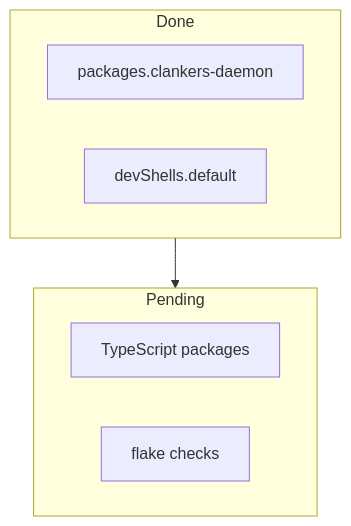
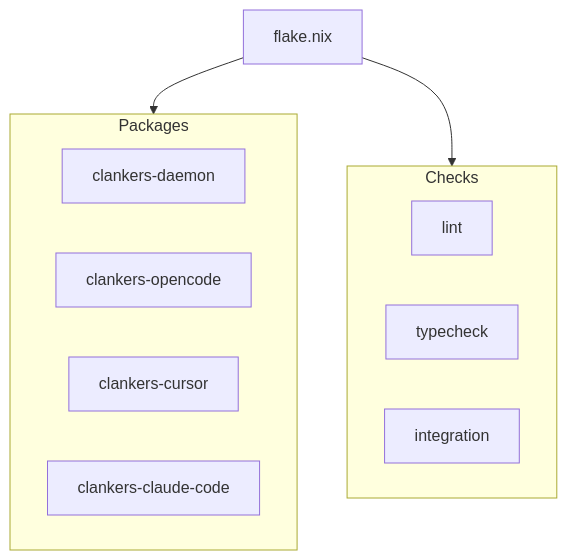
Before and after one commit to dxta-dev/clankers: the diagram in lode/build/overview.md, drawn with Mermaid. The commit also changed other lines of this file and 3 other files, not shown here.

````diff
--- a/lode/build/overview.md
+++ b/lode/build/overview.md
@@ -85,14 +92,20 @@
 ```mermaid
 flowchart TB
-  subgraph Done
-    DaemonPkg[packages.clankers-daemon]
-    DevShell[devShells.default]
+  Flake[flake.nix]
+  
+  subgraph Packages
+    Daemon[clankers-daemon]
+    OpenCode[clankers-opencode]
+    Cursor[clankers-cursor]
+    Claude[clankers-claude-code]
   end
   
-  subgraph Pending
-    TsPkgs[TypeScript packages]
-    Checks[flake checks]
+  subgraph Checks
+    Lint[lint]
+    TypeCheck[typecheck]
+    Integration[integration]
   end
   
-  Done --> Pending
+  Flake --> Packages
+  Flake --> Checks
 ```
````
